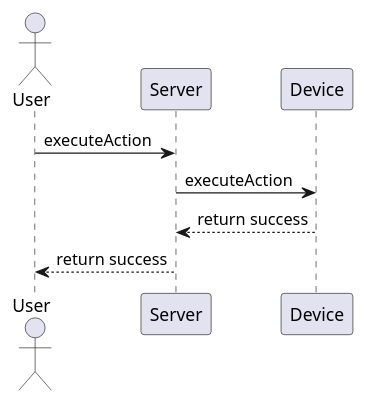
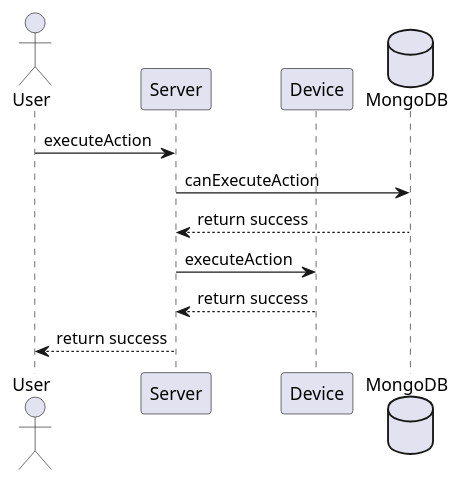
One commit to DomoticASW/.github changed the diagram in diagrams/src/device_actions.puml. Above: the diagram before and after it, drawn with PlantUML. The commit also changed 1 other file, not shown here.

Commit message:
Update device actions sequence idagram

```diff
--- a/diagrams/src/device_actions.puml
+++ b/diagrams/src/device_actions.puml
@@ -1,12 +1,15 @@
 @startuml device_actions
 
 actor User as user
 participant Server as server
 participant Device as device
+database MongoDB as mongo
 
 user -> server: executeAction
+server -> mongo: canExecuteAction
+mongo --> server: return success
 server -> device: executeAction
 device --> server: return success
 server --> user: return success
 
 @enduml
```
